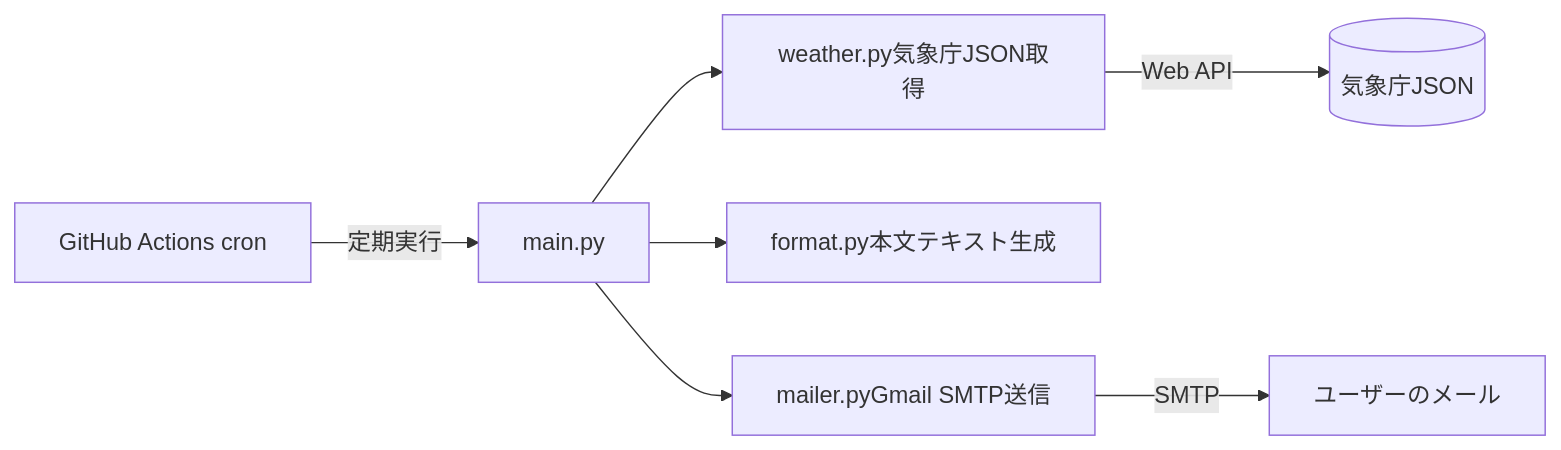
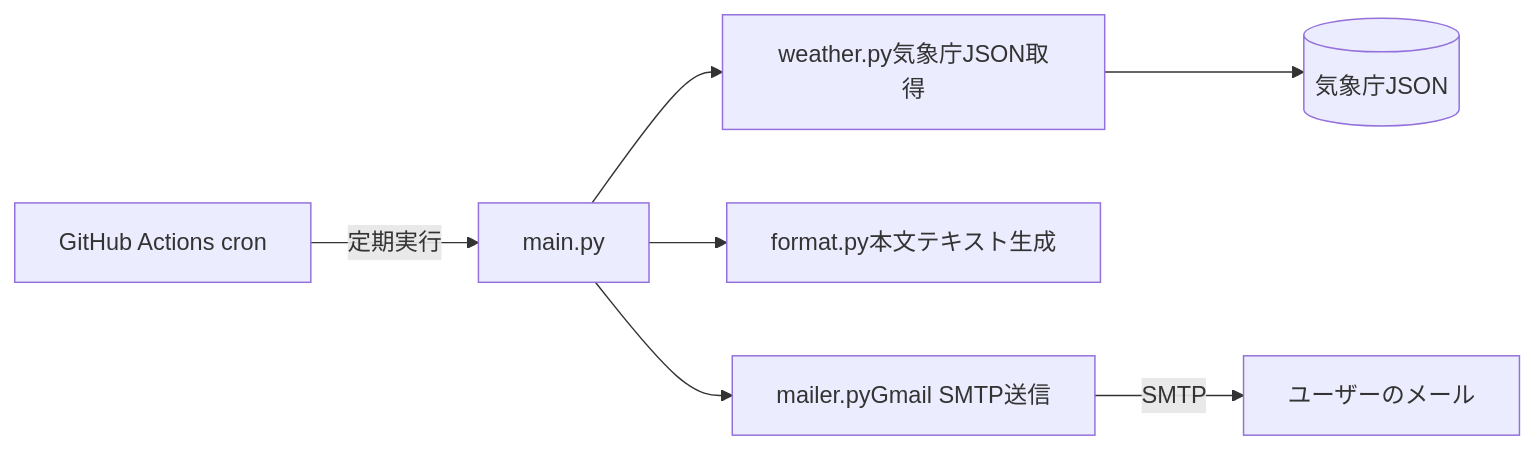
The diagram in articles/034a3f1795dd59.md (wakinoza/git_Tec_Blog_zenn), drawn with Mermaid before and after one commit. The commit also changed other lines of this file, not shown here.

````diff
--- a/articles/034a3f1795dd59.md
+++ b/articles/034a3f1795dd59.md
@@ -42,9 +42,9 @@
 ```mermaid
 flowchart LR
     A[GitHub Actions cron] -->|定期実行| B[main.py]
     B --> C[weather.py気象庁JSON取得]
     B --> D[format.py本文テキスト生成]
     B --> E[mailer.pyGmail SMTP送信]
-    C -->|Web API| F[(気象庁JSON)]
+    C --> F[(気象庁JSON)]
     E -->|SMTP| G[ユーザーのメール]
 ```
````
